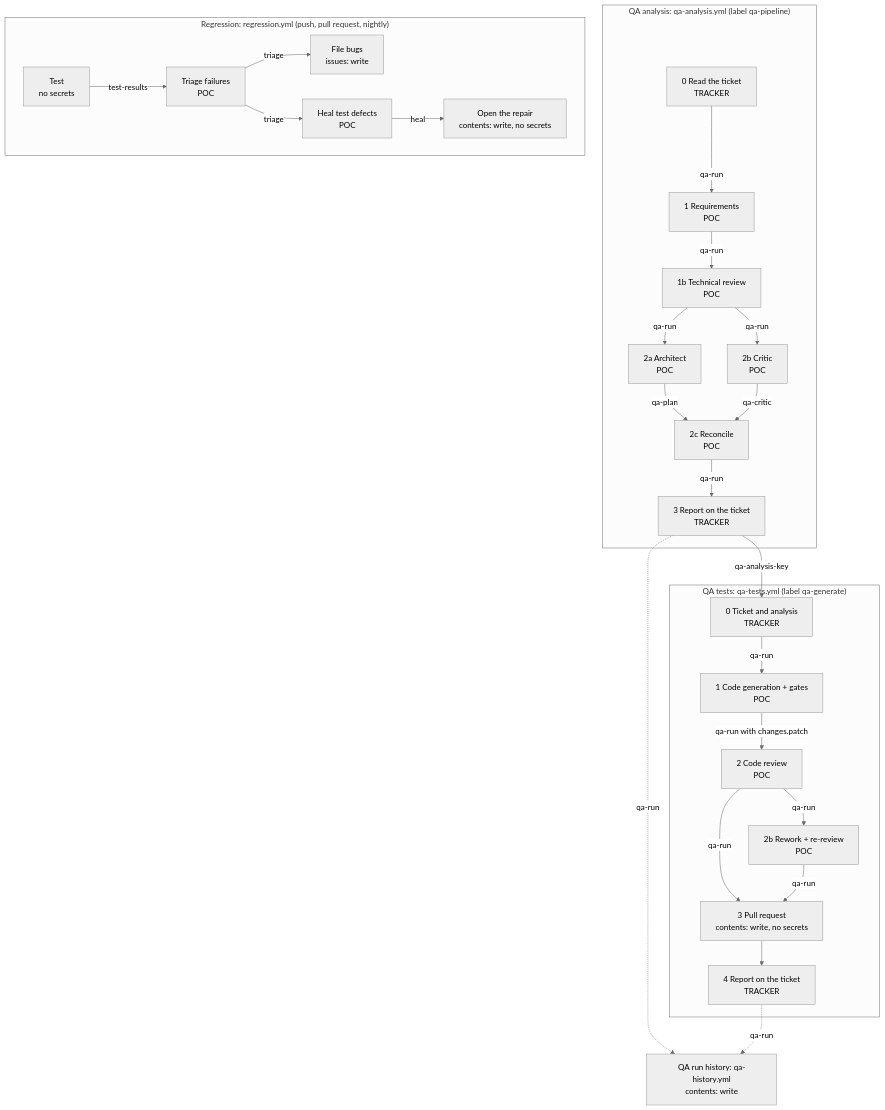
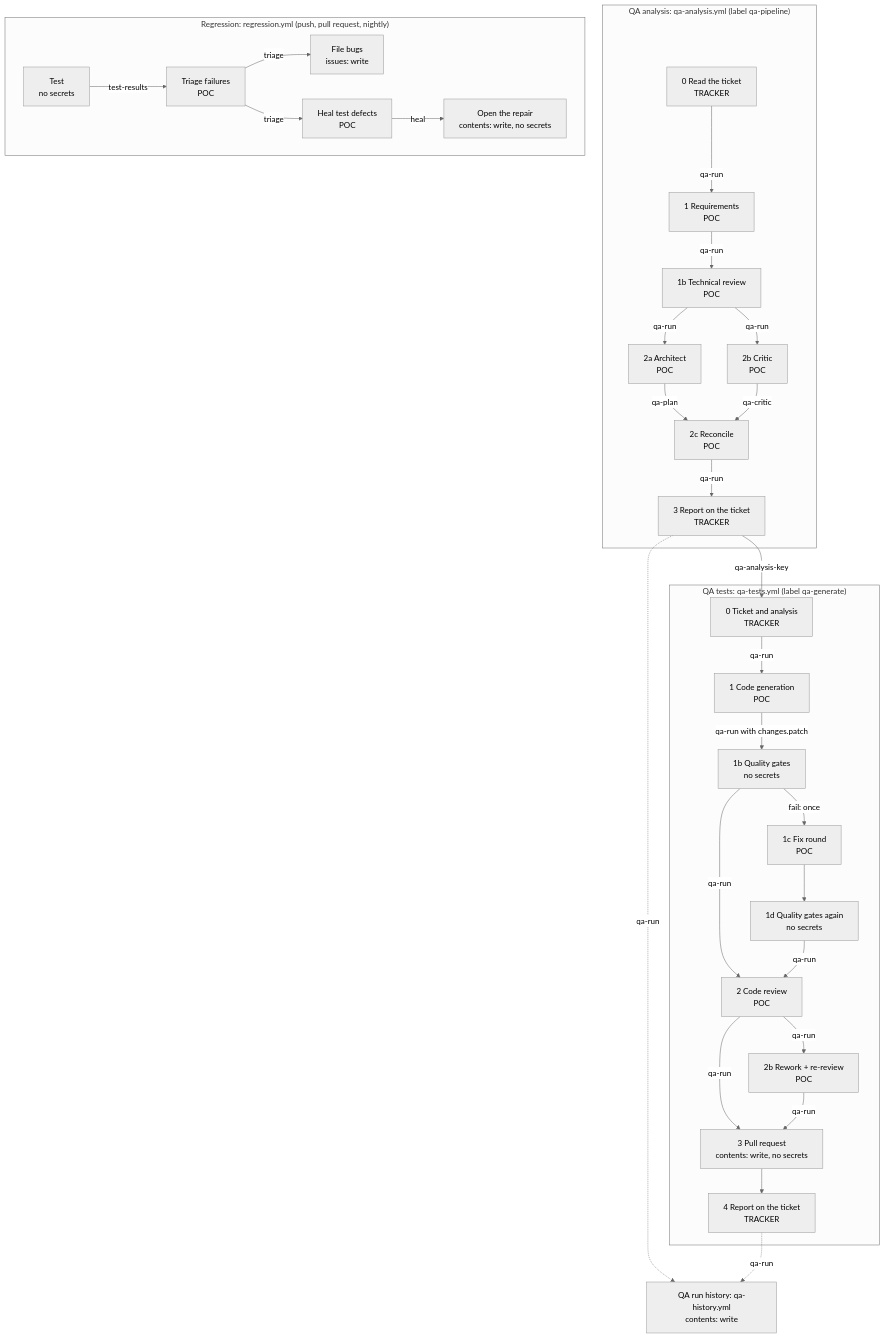
Before and after one commit to Beherrit/agentic-qa-playwright: the diagram in docs/ARCHITECTURE.md, drawn with Mermaid (neutral theme). The commit also changed other lines of this file and 6 other files, not shown here.

````diff
--- a/docs/ARCHITECTURE.md
+++ b/docs/ARCHITECTURE.md
@@ -11,29 +11,33 @@
 ```mermaid
 flowchart TB
   subgraph AN["QA analysis: qa-analysis.yml (label qa-pipeline)"]
     A0["0 Read the ticket<br>TRACKER"] -->|qa-run| A1["1 Requirements<br>POC"]
     A1 -->|qa-run| A1b["1b Technical review<br>POC"]
     A1b -->|qa-run| A2a["2a Architect<br>POC"]
     A1b -->|qa-run| A2b["2b Critic<br>POC"]
     A2a -->|qa-plan| A2c["2c Reconcile<br>POC"]
     A2b -->|qa-critic| A2c
     A2c -->|qa-run| A3["3 Report on the ticket<br>TRACKER"]
   end
   A3 -->|"qa-analysis-key"| T0
   subgraph TE["QA tests: qa-tests.yml (label qa-generate)"]
-    T0["0 Ticket and analysis<br>TRACKER"] -->|qa-run| T1["1 Code generation + gates<br>POC"]
-    T1 -->|"qa-run with changes.patch"| T2["2 Code review<br>POC"]
+    T0["0 Ticket and analysis<br>TRACKER"] -->|qa-run| T1["1 Code generation<br>POC"]
+    T1 -->|"qa-run with changes.patch"| T1b["1b Quality gates<br>no secrets"]
+    T1b -->|"fail: once"| T1c["1c Fix round<br>POC"]
+    T1c --> T1d["1d Quality gates again<br>no secrets"]
+    T1b -->|qa-run| T2["2 Code review<br>POC"]
+    T1d -->|qa-run| T2
     T2 -->|qa-run| T2b["2b Rework + re-review<br>POC"]
     T2 -->|qa-run| T3["3 Pull request<br>contents: write, no secrets"]
     T2b -->|qa-run| T3
     T3 --> T4["4 Report on the ticket<br>TRACKER"]
   end
   subgraph RE["Regression: regression.yml (push, pull request, nightly)"]
     R0["Test<br>no secrets"] -->|test-results| R1["Triage failures<br>POC"]
     R1 -->|triage| R2["File bugs<br>issues: write"]
     R1 -->|triage| R3["Heal test defects<br>POC"]
     R3 -->|heal| R4["Open the repair<br>contents: write, no secrets"]
   end
   A3 -.->|qa-run| H["QA run history: qa-history.yml<br>contents: write"]
   T4 -.->|qa-run| H
 ```
````
